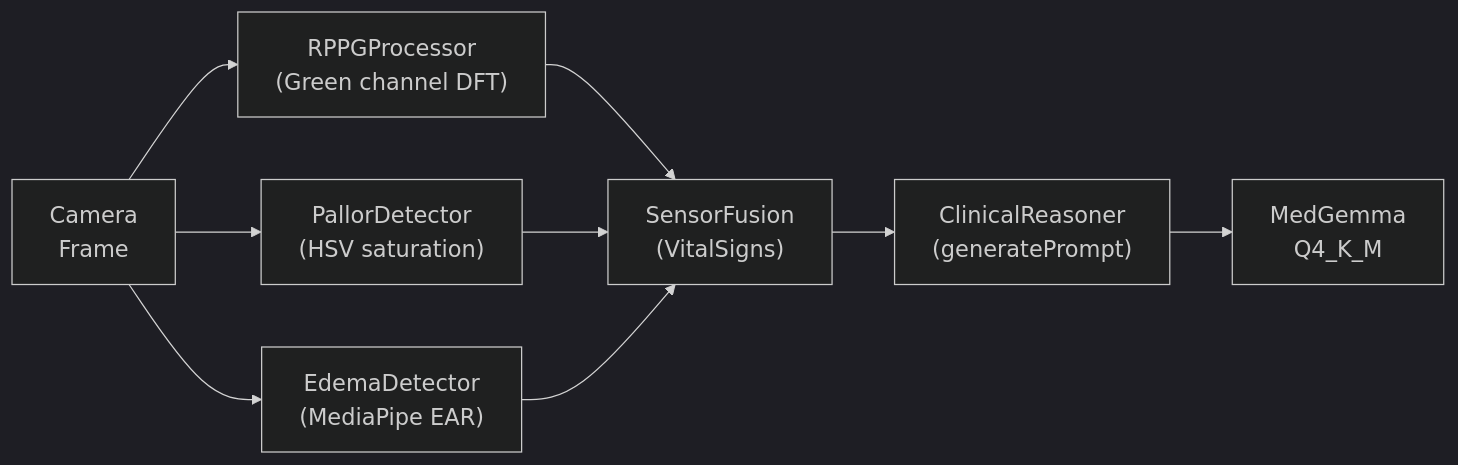
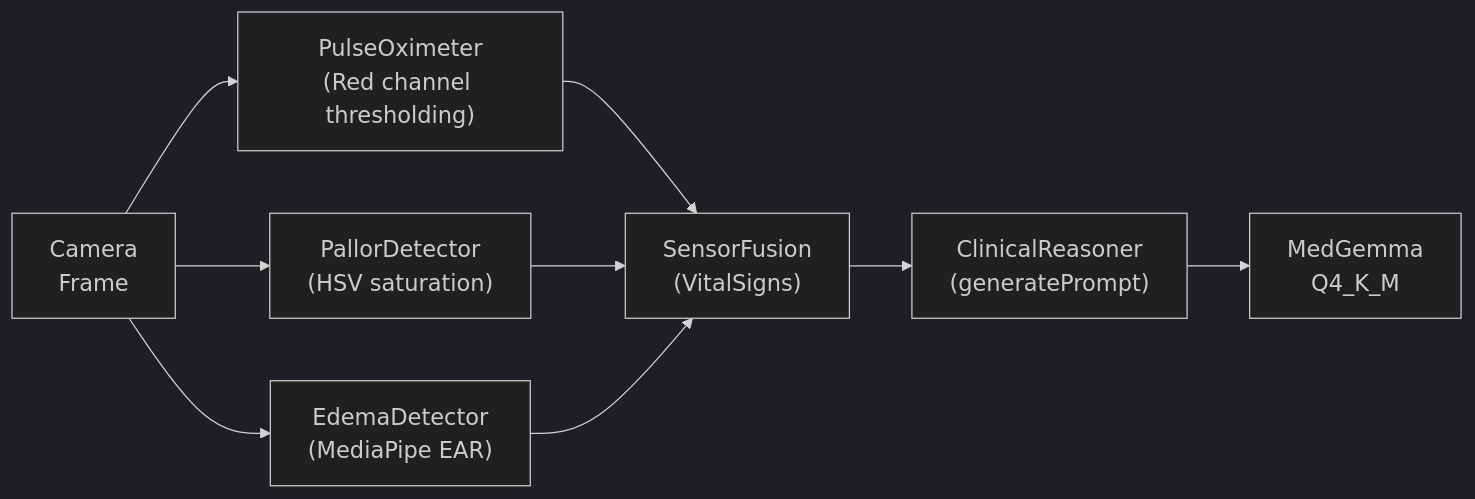
Before and after one commit to Elormyevu/nku-medgemma-conversion: the diagram in kaggle_submission_appendix.md, drawn with Mermaid. The commit also changed other lines of this file and 27 other files, not shown here.

````diff
--- a/kaggle_submission_appendix.md
+++ b/kaggle_submission_appendix.md
@@ -717,12 +718,12 @@
 ```mermaid
 %%{init: {'theme':'dark', 'themeVariables':{'fontSize':'18px'}}}%%
 graph LR
-  A[" Camera\nFrame"] --> B["RPPGProcessor\n(Green channel DFT)"]
+  A[" Camera\nFrame"] --> B["PulseOximeter\n(Red channel thresholding)"]
   A --> C["PallorDetector\n(HSV saturation)"]
   A --> D["EdemaDetector\n(MediaPipe EAR)"]
   B --> E["SensorFusion\n(VitalSigns)"]
   C --> E
   D --> E
   E --> F["ClinicalReasoner\n(generatePrompt)"]
   F --> G["MedGemma\nQ4_K_M"]
 ```
````
